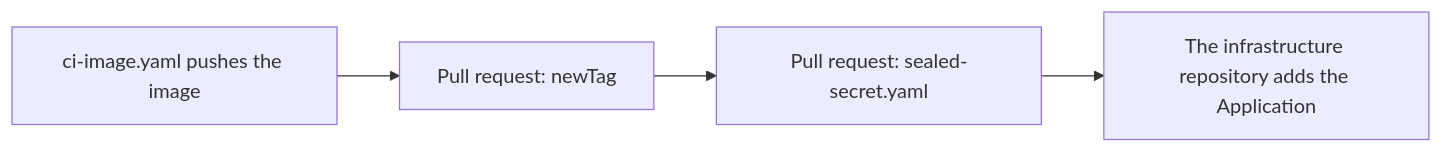
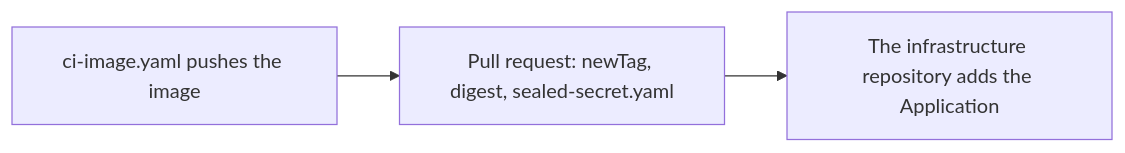
The second of 2 diagrams in README.md (sumiredc/barpay), drawn with Mermaid before and after one commit. The commit also changed other lines of this file and 1 other file, not shown here.

````diff
--- a/README.md
+++ b/README.md
@@ -406,4 +406,4 @@
 ```mermaid
 flowchart LR
-  A[ci-image.yaml pushes the image] --> B[Pull request: newTag] --> C[Pull request: sealed-secret.yaml] --> D[The infrastructure repository adds the Application]
+  A[ci-image.yaml pushes the image] --> B[Pull request: newTag, digest, sealed-secret.yaml] --> C[The infrastructure repository adds the Application]
 ```
````
